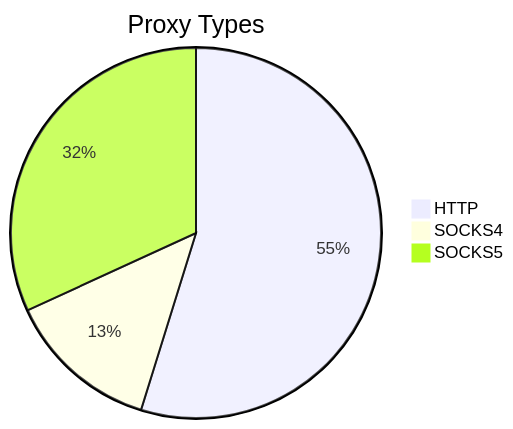
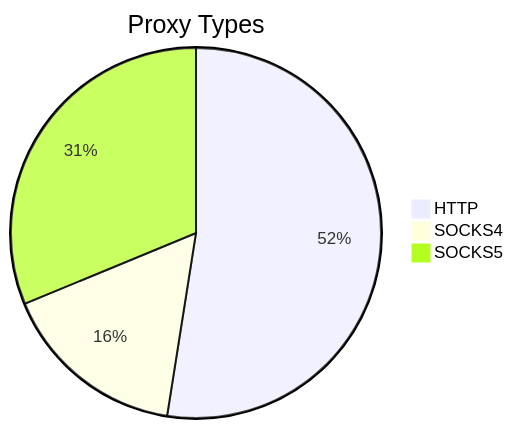
One commit to stormsia/proxy-list changed the first of 2 diagrams in README.md. Above: the diagram before and after it, drawn with Mermaid. The commit also changed other lines of this file, not shown here.

````diff
--- a/README.md
+++ b/README.md
@@ -21,6 +21,6 @@
 ```mermaid
 pie title Proxy Types
-    "HTTP" : 160
-    "SOCKS4" : 39
-    "SOCKS5" : 93
+    "HTTP" : 242
+    "SOCKS4" : 75
+    "SOCKS5" : 144
 ```
````
